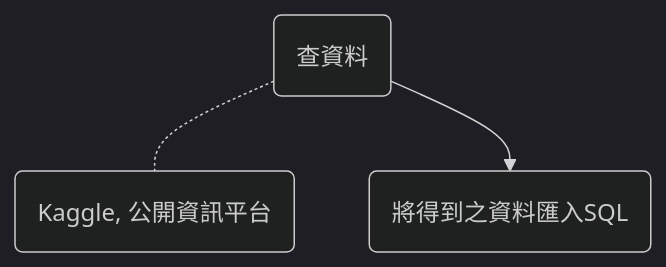
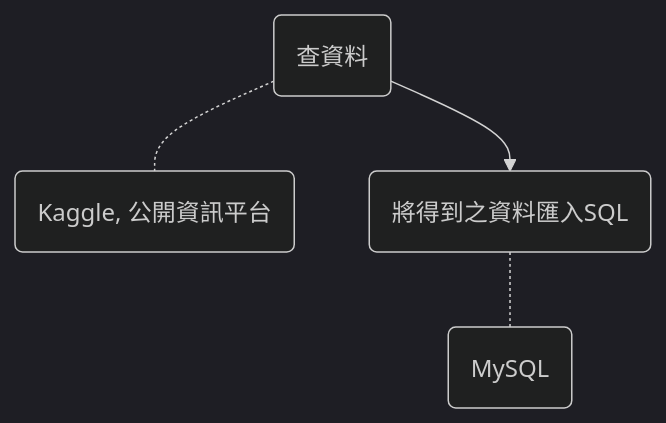
The diagram in Zettelkasten/自主學習計畫-塞車模型.md (Ethane1755/Obsidian), drawn with Mermaid (dark theme) before and after one commit.

Commit message:
Obsidian Backup 2021-09-08 21:42

````diff
--- a/Zettelkasten/自主學習計畫-塞車模型.md
+++ b/Zettelkasten/自主學習計畫-塞車模型.md
@@ -28,5 +28,5 @@
 ```mermaid
 graph TD
 id1(查資料)-.-id1.5(Kaggle, 公開資訊平台)
-id1-->id2(將得到之資料匯入SQL)
+id1-->id2(將得到之資料匯入SQL)-.-id2.5(MySQL)
 ```
````
